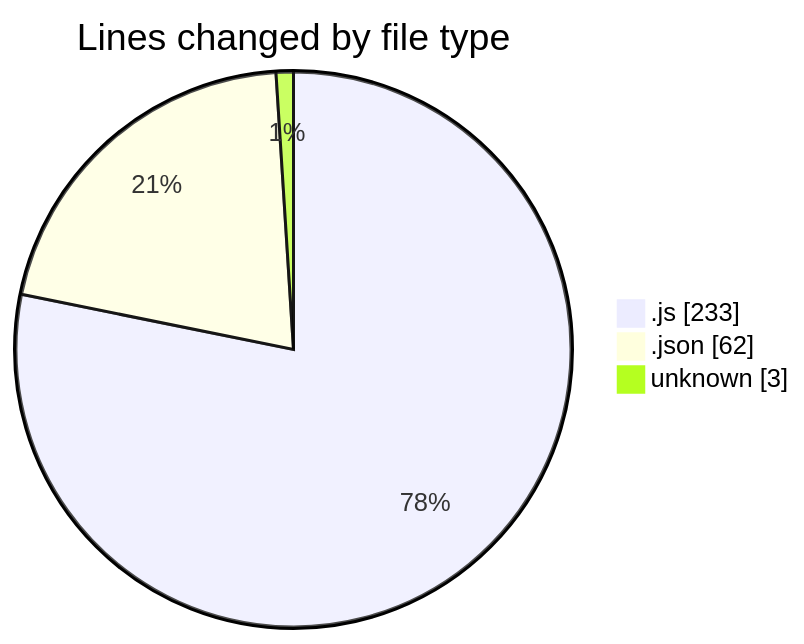
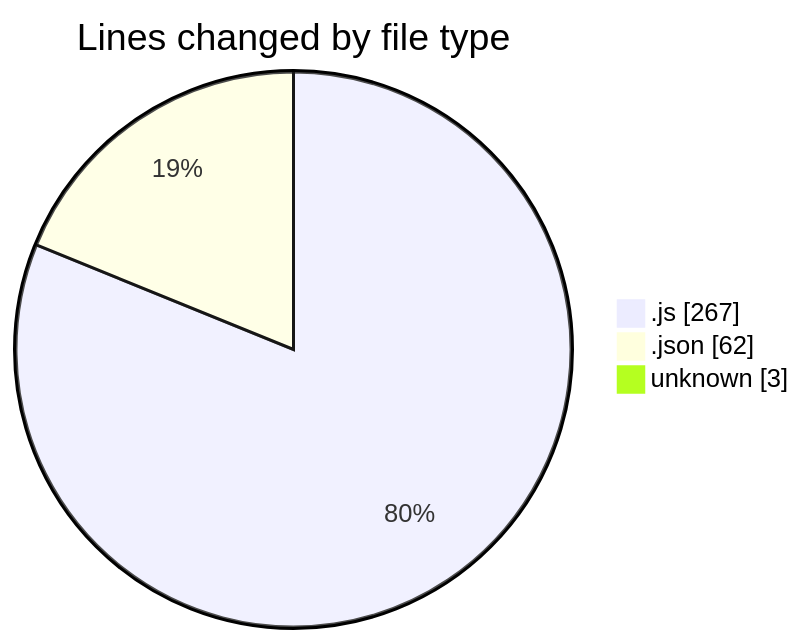
One commit to Ritupan-Deka/code-tracking changed the first of 2 diagrams in 2025-07-02/mern-thinkboard/README.md. Above: the diagram before and after it, drawn with Mermaid. The commit also changed other lines of this file and 1 other file, not shown here.

````diff
--- a/2025-07-02/mern-thinkboard/README.md
+++ b/2025-07-02/mern-thinkboard/README.md
@@ -27,7 +28,7 @@
 ```mermaid
 pie showData
 title Lines changed by file type
-".js" : 233
+".js" : 267
 ".json" : 62
 "unknown" : 3
 ```
````
